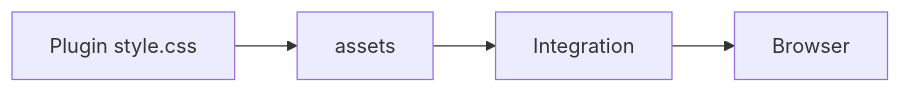
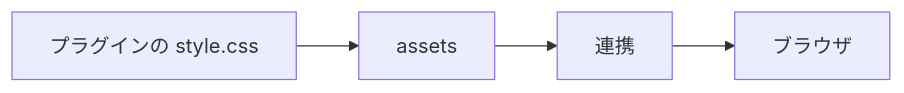
The fifth of 8 diagrams in docs/docs/framework/plugin-system/pipeline.ja.md (Rerurate514/riebeckite), drawn with Mermaid before and after one commit. The commit also changed other lines of this file and 310 other files, not shown here.

````diff
--- a/docs/docs/framework/plugin-system/pipeline.ja.md
+++ b/docs/docs/framework/plugin-system/pipeline.ja.md
@@ -250,11 +192,11 @@
 ```mermaid id="pbj8dg"
 flowchart LR
-    CSS["Plugin style.css"]
+    CSS["プラグインの style.css"]
     Asset["assets"]
-    Integration["Integration"]
-    Browser["Browser"]
+    Integration["連携"]
+    Browser["ブラウザ"]
 
     CSS --> Asset
     Asset --> Integration
     Integration --> Browser
 ```
````
